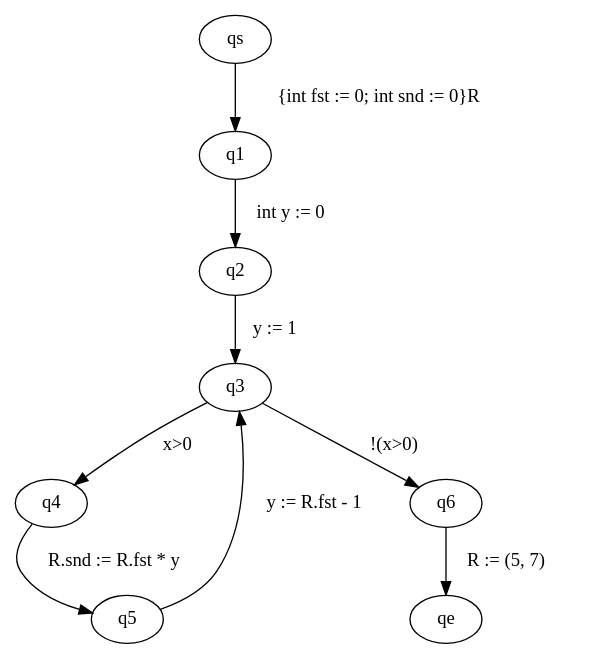
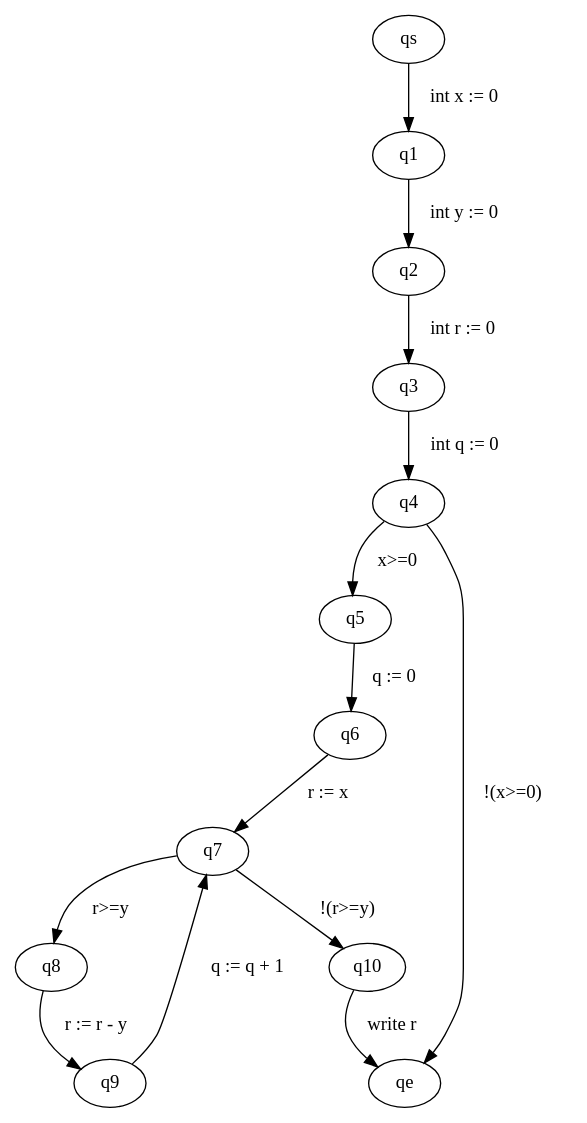
Before and after one commit to FloKes/ProgramAnalysis: the diagram in src/main/java/graphviz/input.dot, drawn with Graphviz. The commit also changed 4 other files, not shown here.

```diff
--- a/src/main/java/graphviz/input.dot
+++ b/src/main/java/graphviz/input.dot
@@ -1,10 +1,15 @@
 digraph ProgramGraph{
-"qs" -> "q1" [label="  {int fst := 0; int snd := 0}R   "] 
+"qs" -> "q1" [label="  int x := 0   "] 
 "q1" -> "q2" [label="  int y := 0   "] 
-"q2" -> "q3" [label="  y := 1   "] 
-"q3" -> "q4" [label="  x>0   "] 
-"q3" -> "q6" [label="  !(x>0)   "] 
-"q4" -> "q5" [label="  R.snd := R.fst * y   "] 
-"q5" -> "q3" [label="  y := R.fst - 1   "] 
-"q6" -> "qe" [label="  R := (5, 7)   "] 
+"q2" -> "q3" [label="  int r := 0   "] 
+"q3" -> "q4" [label="  int q := 0   "] 
+"q4" -> "q5" [label="  x>=0   "] 
+"q4" -> "qe" [label="  !(x>=0)   "] 
+"q5" -> "q6" [label="  q := 0   "] 
+"q6" -> "q7" [label="  r := x   "] 
+"q7" -> "q8" [label="  r>=y   "] 
+"q7" -> "q10" [label="  !(r>=y)   "] 
+"q8" -> "q9" [label="  r := r - y   "] 
+"q9" -> "q7" [label="  q := q + 1   "] 
+"q10" -> "qe" [label="  write r   "] 
 }
```
